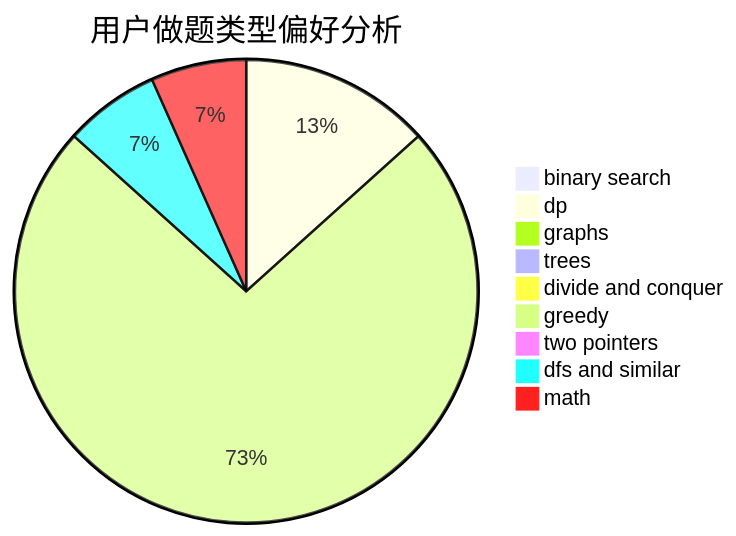
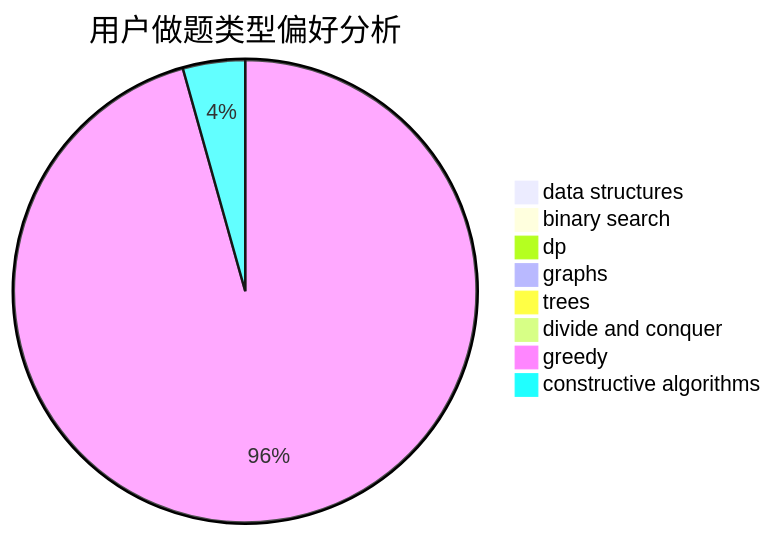
Before and after one commit to sherpahu/cfrs.github.io: the second of 3 diagrams in docs/user/u1069.md, drawn with Mermaid. The commit also changed other lines of this file and 2775 other files, not shown here.

````diff
--- a/docs/user/u1069.md
+++ b/docs/user/u1069.md
@@ -23,12 +23,11 @@
 ```mermaid
 pie title 用户做题类型偏好分析
+    "data structures" :  0
     "binary search" :  0
-    "dp" :  8
+    "dp" :  0
     "graphs" :  0
     "trees" :  0
     "divide and conquer" :  0
     "greedy" :  44
-    "two pointers" :  0
-    "dfs and similar" :  4
-    "math" :  4
+    "constructive algorithms" :  2
 ```
````
